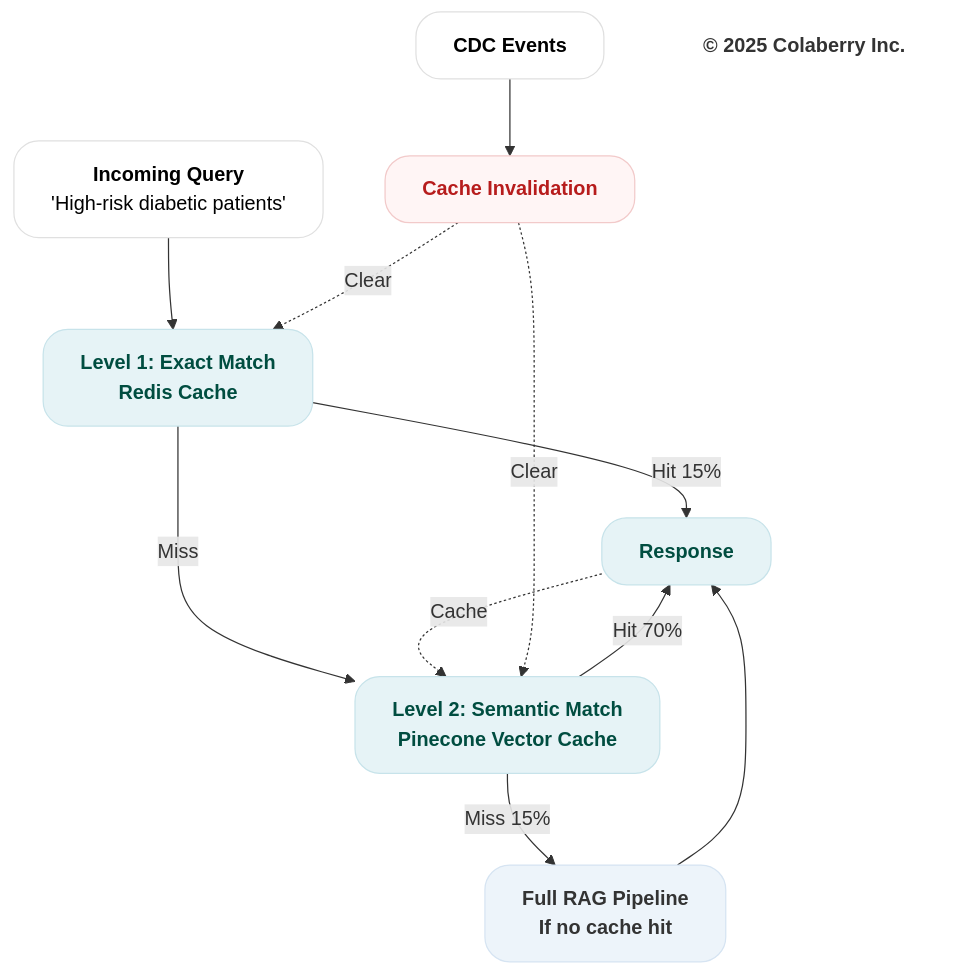
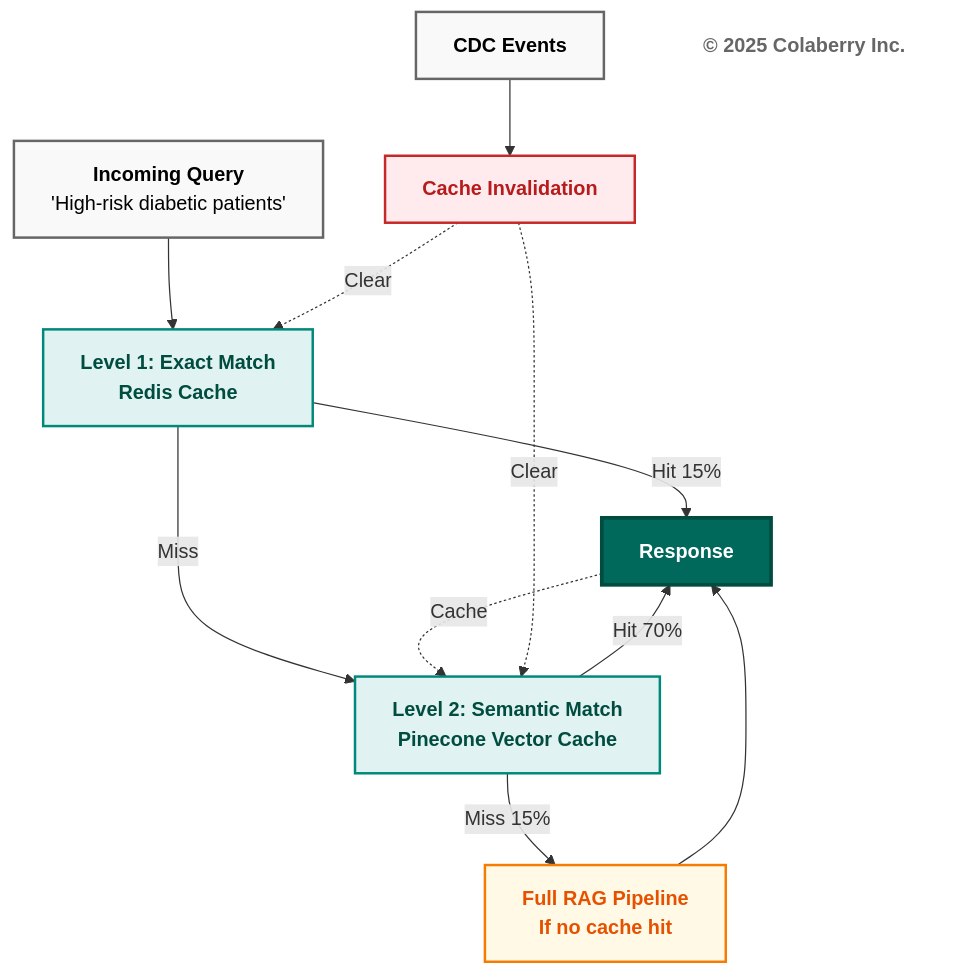
Before and after one commit to saitejesh-cyber/trust-before-intelligence-book: the tenth of 13 diagrams in manuscript/06_chapter_5_intelligence_layers.md, drawn with Mermaid. The commit also changed other lines of this file and 12 other files, not shown here.

Commit message:
Restore legacy Mermaid styles for Option 1

````diff
--- a/manuscript/06_chapter_5_intelligence_layers.md
+++ b/manuscript/06_chapter_5_intelligence_layers.md
@@ -818,39 +807,39 @@
 ```mermaid
 graph TB
     QUERY["<b>Incoming Query</b><br/>'High-risk diabetic patients'"]
     
     EXACT["<b>Level 1: Exact Match</b><br/><b>Redis Cache</b>"]
     
     SEMANTIC["<b>Level 2: Semantic Match</b><br/><b>Pinecone Vector Cache</b>"]
     
     PIPELINE["<b>Full RAG Pipeline</b><br/><b>If no cache hit</b>"]
     
     RESPONSE["<b>Response</b>"]
     
     CDC["<b>CDC Events</b>"]
     
     INVALIDATE["<b>Cache Invalidation</b>"]
     
     Copyright["<b>© 2025 Colaberry Inc.</b>"]
     
     QUERY --> EXACT
     EXACT -->|Hit 15%| RESPONSE
     EXACT -->|Miss| SEMANTIC
     SEMANTIC -->|Hit 70%| RESPONSE
     SEMANTIC -->|Miss 15%| PIPELINE
     PIPELINE --> RESPONSE
     RESPONSE -.->|Cache| SEMANTIC
     
     CDC --> INVALIDATE
     INVALIDATE -.->|Clear| EXACT
     INVALIDATE -.->|Clear| SEMANTIC
     
-    style QUERY fill:#ffffff,stroke:#e0e0e0,stroke-width:1px,color:#000000,rx:20,ry:20
-    style EXACT fill:#e6f3f6,stroke:#c7e3ea,stroke-width:1px,color:#004d40,rx:20,ry:20
-    style SEMANTIC fill:#e6f3f6,stroke:#c7e3ea,stroke-width:1px,color:#004d40,rx:20,ry:20
-    style PIPELINE fill:#edf4fa,stroke:#d6e4f2,stroke-width:1px,color:#333333,rx:20,ry:20
-    style RESPONSE fill:#e6f3f6,stroke:#c7e3ea,stroke-width:1px,color:#004d40,rx:20,ry:20
-    style CDC fill:#ffffff,stroke:#e0e0e0,stroke-width:1px,color:#000000,rx:20,ry:20
-    style INVALIDATE fill:#fff5f5,stroke:#f2caca,stroke-width:1px,color:#b71c1c,rx:20,ry:20
-    style Copyright fill:none,stroke:none,color:#333333
+    style QUERY fill:#f9f9f9,stroke:#666666,stroke-width:2px,color:#000000
+    style EXACT fill:#e0f2f1,stroke:#00897b,stroke-width:2px,color:#004d40
+    style SEMANTIC fill:#e0f2f1,stroke:#00897b,stroke-width:2px,color:#004d40
+    style PIPELINE fill:#fff9e6,stroke:#f57c00,stroke-width:2px,color:#e65100
+    style RESPONSE fill:#00695c,color:#ffffff,stroke:#004d40,stroke-width:3px
+    style CDC fill:#f9f9f9,stroke:#666666,stroke-width:2px,color:#000000
+    style INVALIDATE fill:#ffebee,stroke:#c62828,stroke-width:2px,color:#b71c1c
+    style Copyright fill:#ffffff,stroke:none,color:#666666
 ```
````
